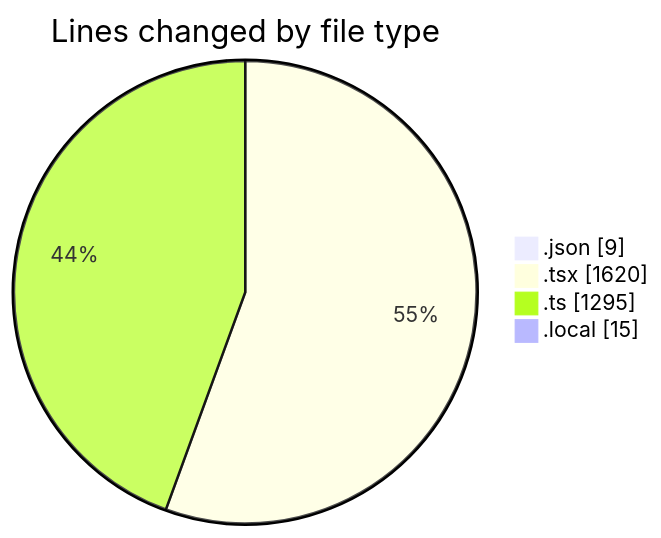
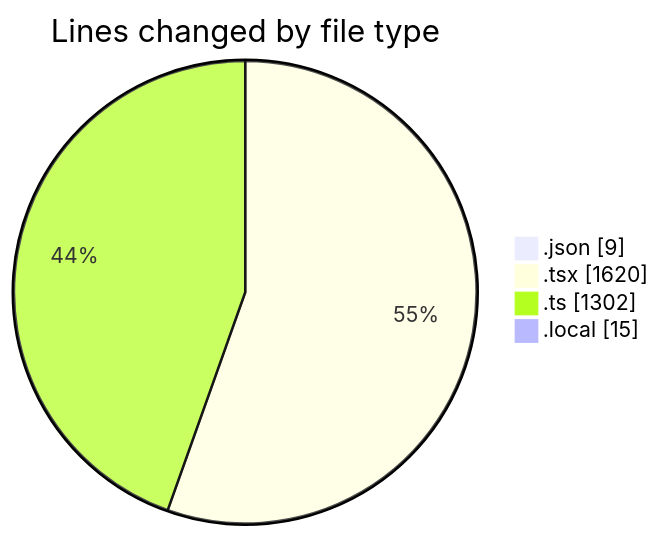
One commit to julien-gomy/code-tracking changed the first of 2 diagrams in 2025-10-27/eventscop-frontend-guide__workspace_/README.md. Above: the diagram before and after it, drawn with Mermaid. The commit also changed other lines of this file and 1 other file, not shown here.

````diff
--- a/2025-10-27/eventscop-frontend-guide__workspace_/README.md
+++ b/2025-10-27/eventscop-frontend-guide__workspace_/README.md
@@ -35,8 +35,8 @@
 ```mermaid
 pie showData
 title Lines changed by file type
 ".json" : 9
 ".tsx" : 1620
-".ts" : 1295
+".ts" : 1302
 ".local" : 15
 ```
````
